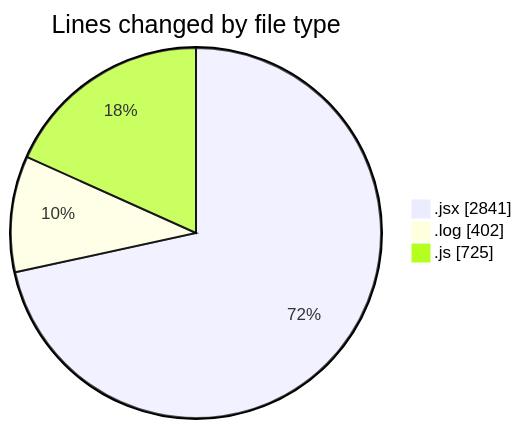
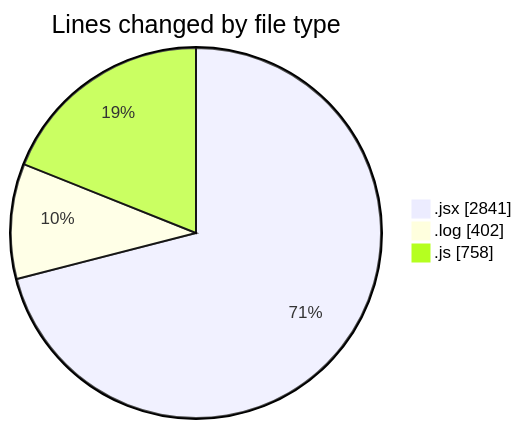
Before and after one commit to nxtqubesakshisongat/code-tracking: the first of 2 diagrams in 2025-05-02/nxtqube_webapp/README.md, drawn with Mermaid. The commit also changed other lines of this file and 1 other file, not shown here.

````diff
--- a/2025-05-02/nxtqube_webapp/README.md
+++ b/2025-05-02/nxtqube_webapp/README.md
@@ -29,7 +29,7 @@
 ```mermaid
 pie showData
 title Lines changed by file type
 ".jsx" : 2841
 ".log" : 402
-".js" : 725
+".js" : 758
 ```
````
